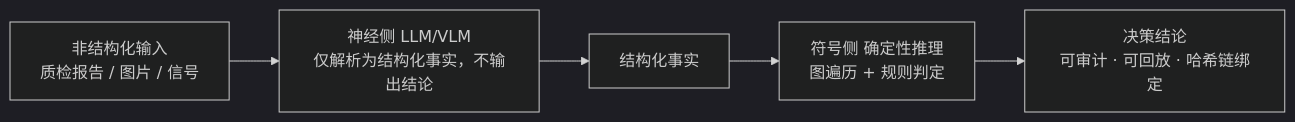
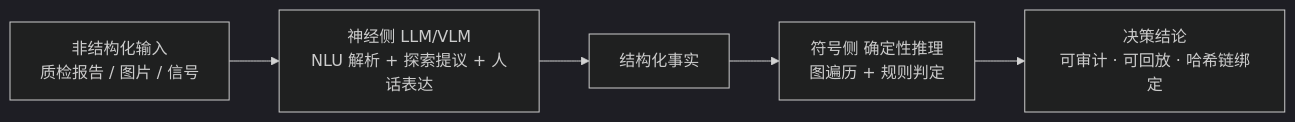
The eighth of 10 diagrams in docs/prd/goai-quality-agent-prd.md (Alex-Fleet/GOAI-Project), drawn with Mermaid (dark theme) before and after one commit. The commit also changed other lines of this file and 3 other files, not shown here.

````diff
--- a/docs/prd/goai-quality-agent-prd.md
+++ b/docs/prd/goai-quality-agent-prd.md
@@ -233,7 +233,7 @@
 ```mermaid
 flowchart LR
-    IN["非结构化输入<br/>质检报告 / 图片 / 信号"] --> N["神经侧 LLM/VLM<br/>仅解析为结构化事实，不输出结论"]
+    IN["非结构化输入<br/>质检报告 / 图片 / 信号"] --> N["神经侧 LLM/VLM<br/>NLU 解析 + 探索提议 + 人话表达"]
     N --> F["结构化事实"]
     F --> L["符号侧 确定性推理<br/>图遍历 + 规则判定"]
     L --> OUT["决策结论<br/>可审计 · 可回放 · 哈希链绑定"]
 ```
````
